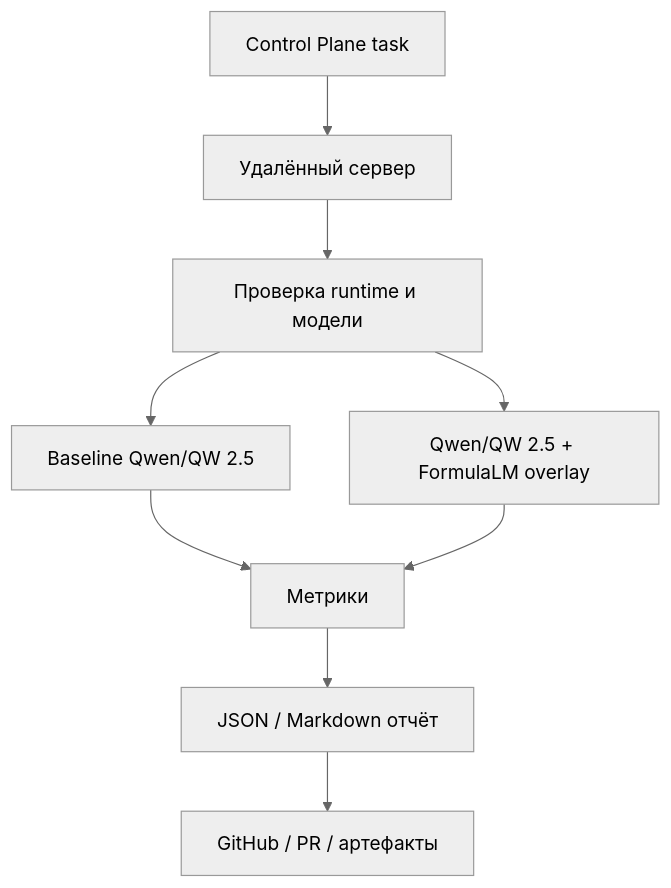
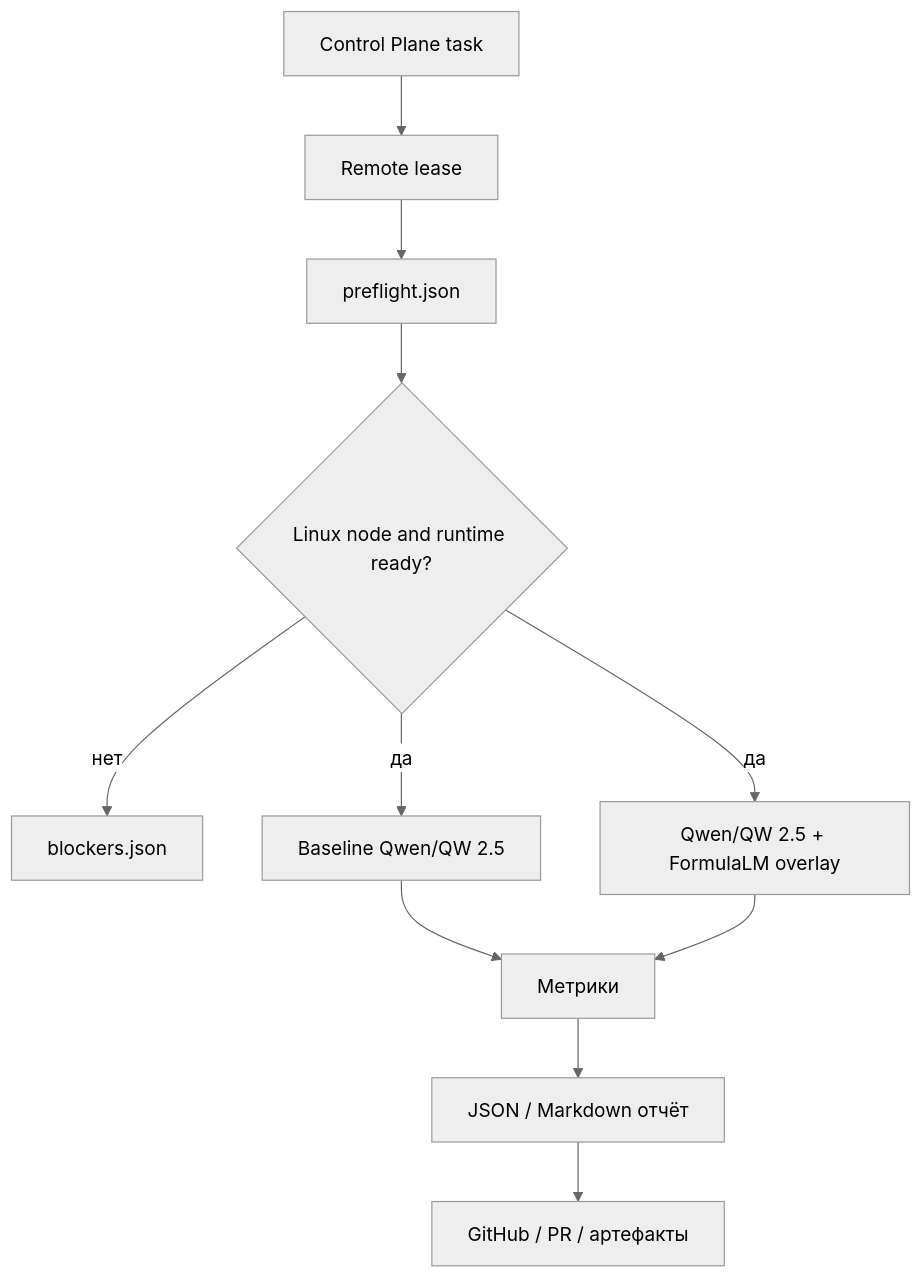
One commit to rd8r8bkd9m-tech/kolibri-ai-platform changed the first of 2 diagrams in docs/formulalm.md. Above: the diagram before and after it, drawn with Mermaid (neutral theme). The commit also changed other lines of this file and 21 other files, not shown here.

Commit message:
factory: execute remote guard and runner recovery

````diff
--- a/docs/formulalm.md
+++ b/docs/formulalm.md
@@ -20,11 +30,13 @@
 ```mermaid
 flowchart TD
-    Task["Control Plane task"] --> Remote["Удалённый сервер"]
-    Remote --> Check["Проверка runtime и модели"]
-    Check --> Base["Baseline Qwen/QW 2.5"]
-    Check --> Formula["Qwen/QW 2.5 + FormulaLM overlay"]
+    Task["Control Plane task"] --> Lease["Remote lease"]
+    Lease --> Preflight["preflight.json"]
+    Preflight --> Guard{"Linux node and runtime ready?"}
+    Guard -->|"нет"| Blocker["blockers.json"]
+    Guard -->|"да"| Base["Baseline Qwen/QW 2.5"]
+    Guard -->|"да"| Formula["Qwen/QW 2.5 + FormulaLM overlay"]
     Base --> Metrics["Метрики"]
     Formula --> Metrics
     Metrics --> Artifacts["JSON / Markdown отчёт"]
     Artifacts --> GitHub["GitHub / PR / артефакты"]
 ```
````
